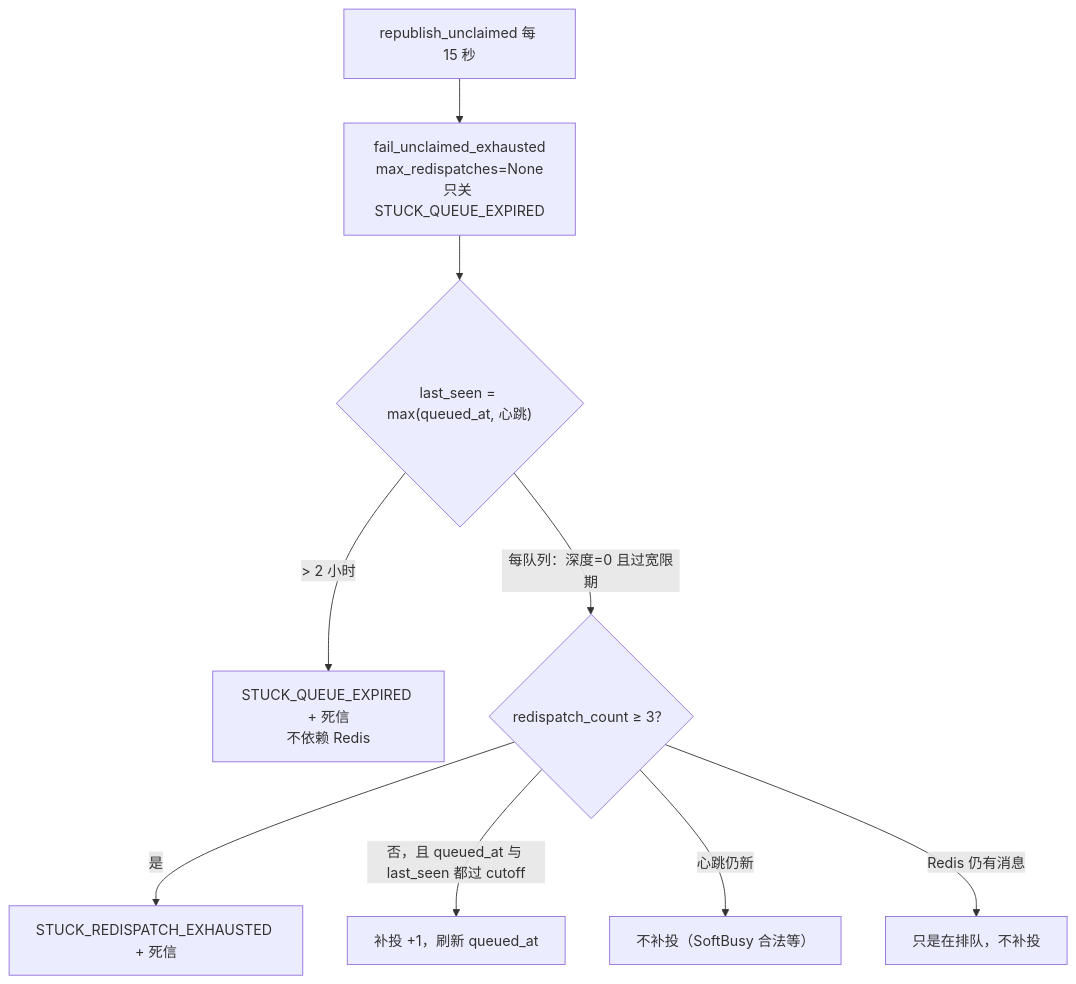
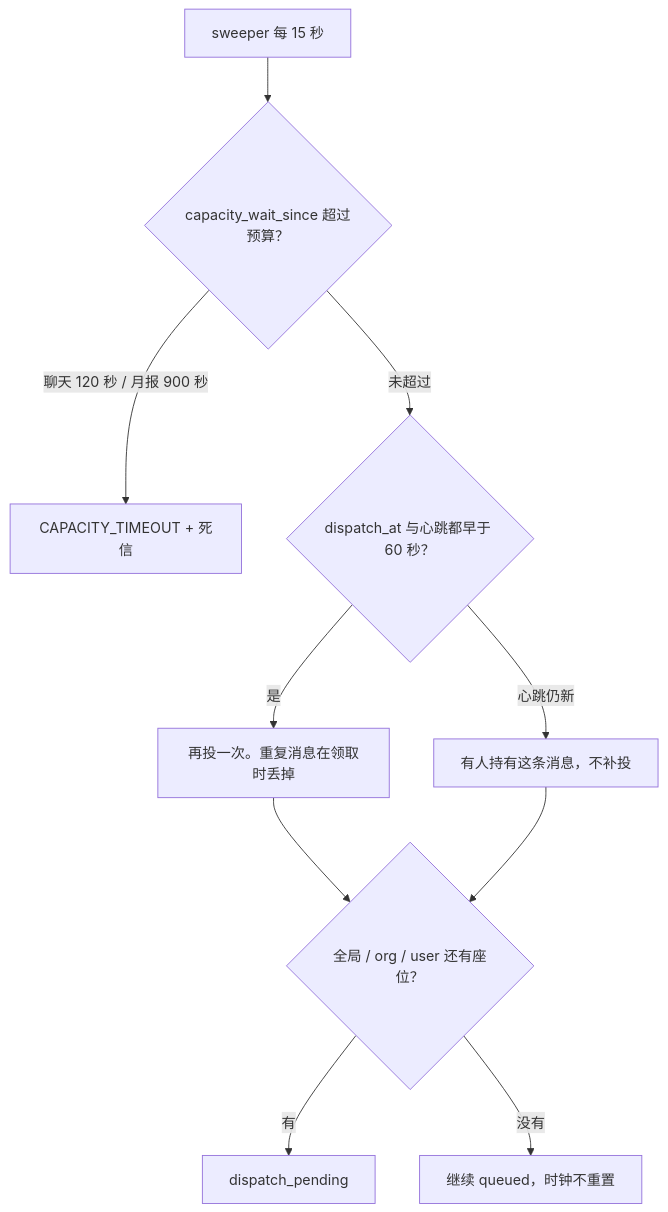
Before and after one commit to JuliaZzy/KA-Account-Agent: the fifth of 5 diagrams in docs/performance/retry.md, drawn with Mermaid. The commit also changed other lines of this file and 107 other files, not shown here.

````diff
--- a/docs/performance/retry.md
+++ b/docs/performance/retry.md
@@ -356,11 +357,12 @@
 ```mermaid
 flowchart TD
-    S["republish_unclaimed 每 15 秒"] --> F0["fail_unclaimed_exhausted<br/>max_redispatches=None<br/>只关 STUCK_QUEUE_EXPIRED"]
-    F0 --> A{"last_seen = max(queued_at, 心跳)"}
-    A -->|"> 2 小时"| X["STUCK_QUEUE_EXPIRED + 死信<br/>不依赖 Redis"]
-    A -->|"每队列：深度=0 且过宽限期"| B{"redispatch_count ≥ 3？"}
-    B -->|"是"| Y["STUCK_REDISPATCH_EXHAUSTED + 死信"]
-    B -->|"否，且 queued_at 与 last_seen 都过 cutoff"| R["补投 +1，刷新 queued_at"]
-    B -->|"心跳仍新"| N["不补投（SoftBusy 合法等）"]
-    B -->|"Redis 仍有消息"| N2["只是在排队，不补投"]
+    S["sweeper 每 15 秒"] --> C{"capacity_wait_since 超过预算？"}
+    C -->|聊天 120 秒 / 月报 900 秒| X["CAPACITY_TIMEOUT + 死信"]
+    C -->|未超过| A{"dispatch_at 与心跳都早于 60 秒？"}
+    A -->|是| R["再投一次。重复消息在领取时丢掉"]
+    A -->|心跳仍新| N["有人持有这条消息，不补投"]
+    R --> D{"全局 / org / user 还有座位？"}
+    N --> D
+    D -->|有| P["dispatch_pending"]
+    D -->|没有| W["继续 queued，时钟不重置"]
 ```
````
